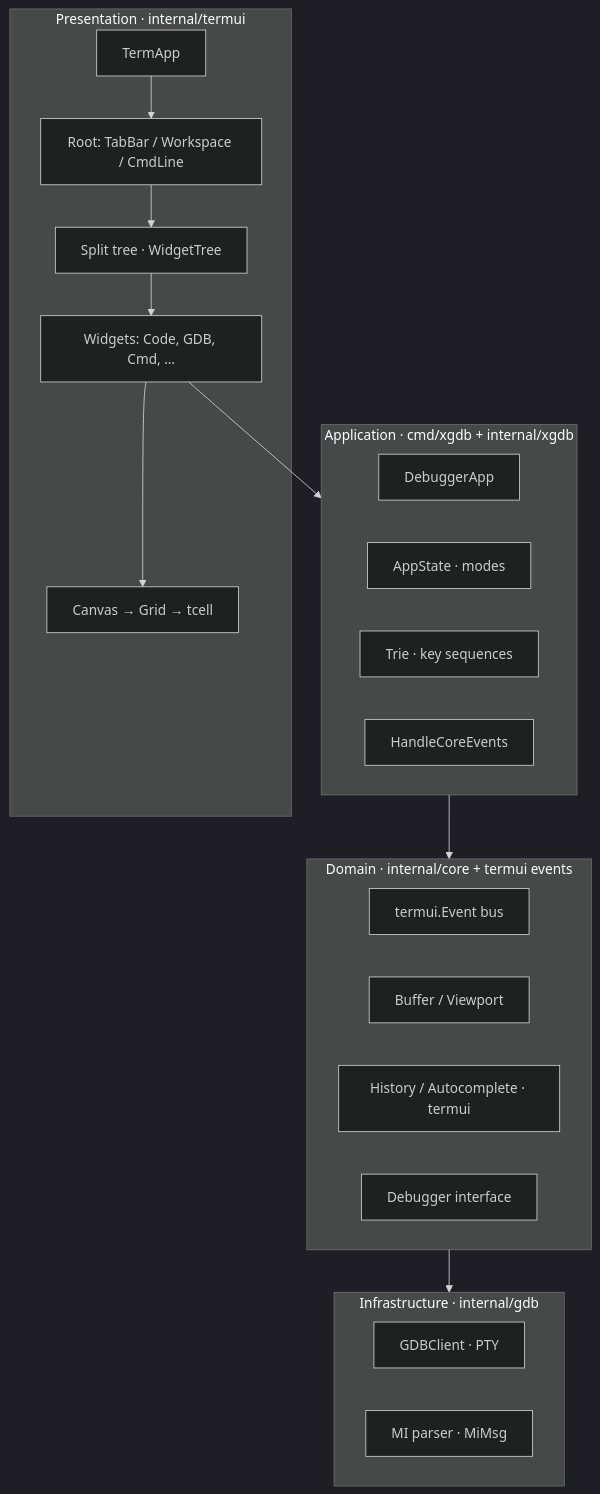
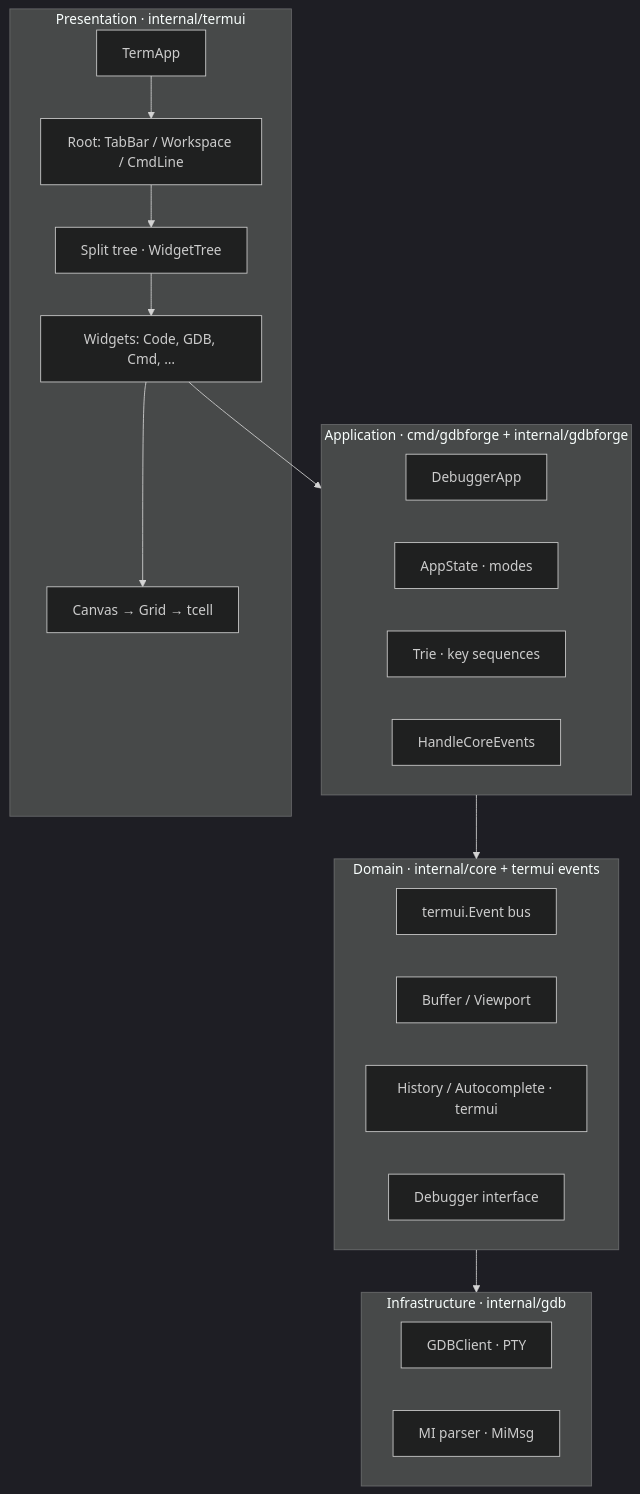
Before and after one commit to yairgd/gdbforge: the second of 7 diagrams in docs/ARCHITECTURE.md, drawn with Mermaid (dark theme). The commit also changed other lines of this file and 132 other files, not shown here.

First line of the commit message:
Rebrand xgdb to gdbforge and add dual-PTY program IO.

````diff
--- a/docs/ARCHITECTURE.md
+++ b/docs/ARCHITECTURE.md
@@ -357,34 +360,34 @@
 ```mermaid
 flowchart TB
     subgraph Presentation["Presentation · internal/termui"]
         TermApp["TermApp"]
         RootLayout["Root: TabBar / Workspace / CmdLine"]
         SplitTree["Split tree · WidgetTree"]
         Widgets["Widgets: Code, GDB, Cmd, …"]
         Render["Canvas → Grid → tcell"]
     end
 
-    subgraph Application["Application · cmd/xgdb + internal/xgdb"]
+    subgraph Application["Application · cmd/gdbforge + internal/gdbforge"]
         DebuggerApp["DebuggerApp"]
         AppState["AppState · modes"]
         Trie["Trie · key sequences"]
         HandleCore["HandleCoreEvents"]
     end
 
     subgraph Domain["Domain · internal/core + termui events"]
         Events["termui.Event bus"]
         Buffer["Buffer / Viewport"]
         History["History / Autocomplete · termui"]
         DebuggerIF["Debugger interface"]
     end
 
     subgraph Infrastructure["Infrastructure · internal/gdb"]
         Client["GDBClient · PTY"]
         MI["MI parser · MiMsg"]
     end
 
     TermApp --> RootLayout --> SplitTree --> Widgets --> Render
     Widgets --> Application
     Application --> Domain
     Domain --> Infrastructure
 ```
````
